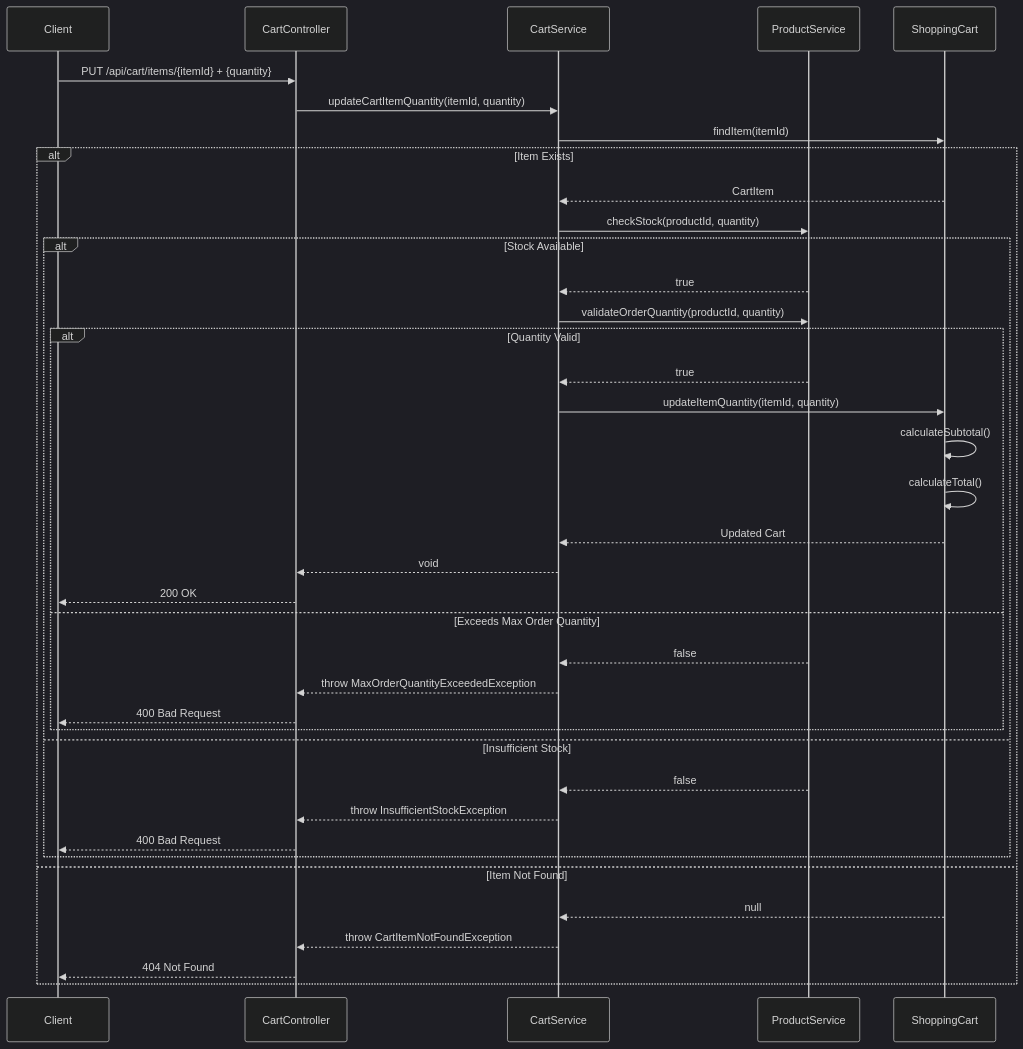
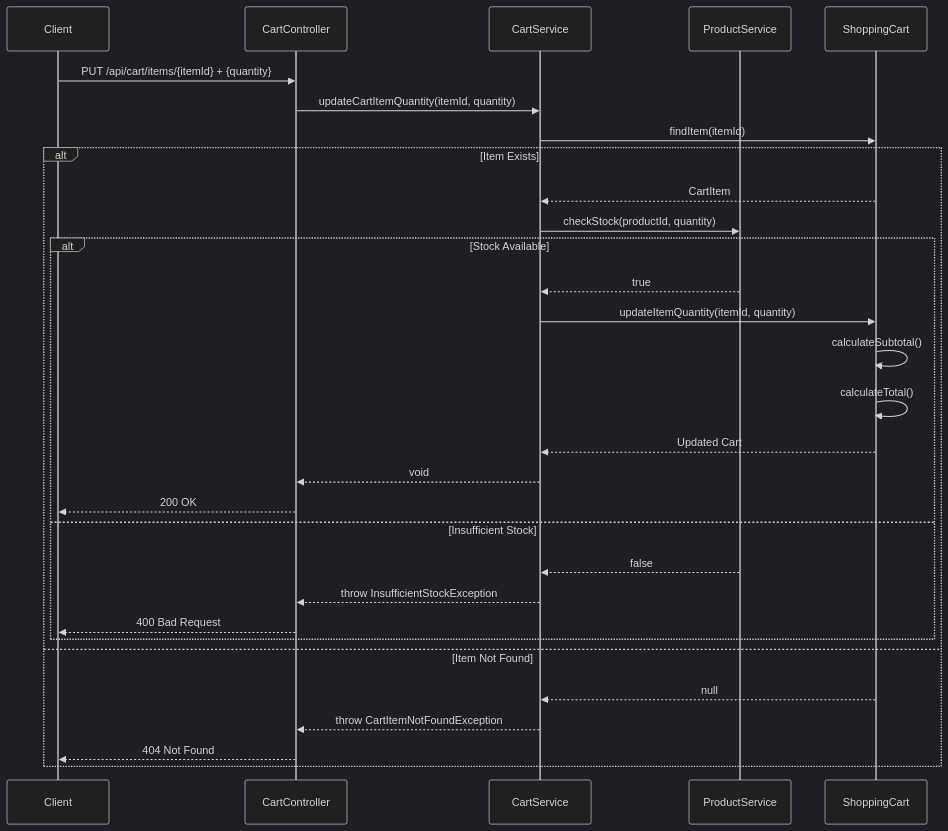
Diagram 12 of 17 in docs/LLD/lld.md (NavneetBN47/aava-ecom-demo), drawn with Mermaid (dark theme) before and after one commit. The commit also changed other lines of this file, not shown here.

````diff
--- a/docs/LLD/lld.md
+++ b/docs/LLD/lld.md
@@ -542,44 +529,35 @@
 ```mermaid
 sequenceDiagram
     participant Client
     participant CartController
     participant CartService
     participant ProductService
     participant ShoppingCart
 
     Client->>CartController: PUT /api/cart/items/{itemId} + {quantity}
     CartController->>CartService: updateCartItemQuantity(itemId, quantity)
     CartService->>ShoppingCart: findItem(itemId)
     
     alt Item Exists
         ShoppingCart-->>CartService: CartItem
         CartService->>ProductService: checkStock(productId, quantity)
         
         alt Stock Available
             ProductService-->>CartService: true
-            CartService->>ProductService: validateOrderQuantity(productId, quantity)
-            
-            alt Quantity Valid
-                ProductService-->>CartService: true
-                CartService->>ShoppingCart: updateItemQuantity(itemId, quantity)
-                ShoppingCart->>ShoppingCart: calculateSubtotal()
-                ShoppingCart->>ShoppingCart: calculateTotal()
-                ShoppingCart-->>CartService: Updated Cart
-                CartService-->>CartController: void
-                CartController-->>Client: 200 OK
-            else Exceeds Max Order Quantity
-                ProductService-->>CartService: false
-                CartService-->>CartController: throw MaxOrderQuantityExceededException
-                CartController-->>Client: 400 Bad Request
-            end
+            CartService->>ShoppingCart: updateItemQuantity(itemId, quantity)
+            ShoppingCart->>ShoppingCart: calculateSubtotal()
+            ShoppingCart->>ShoppingCart: calculateTotal()
+            ShoppingCart-->>CartService: Updated Cart
+            CartService-->>CartController: void
+            CartController-->>Client: 200 OK
         else Insufficient Stock
             ProductService-->>CartService: false
             CartService-->>CartController: throw InsufficientStockException
             CartController-->>Client: 400 Bad Request
         end
     else Item Not Found
         ShoppingCart-->>CartService: null
         CartService-->>CartController: throw CartItemNotFoundException
         CartController-->>Client: 404 Not Found
     end
 ```
````
